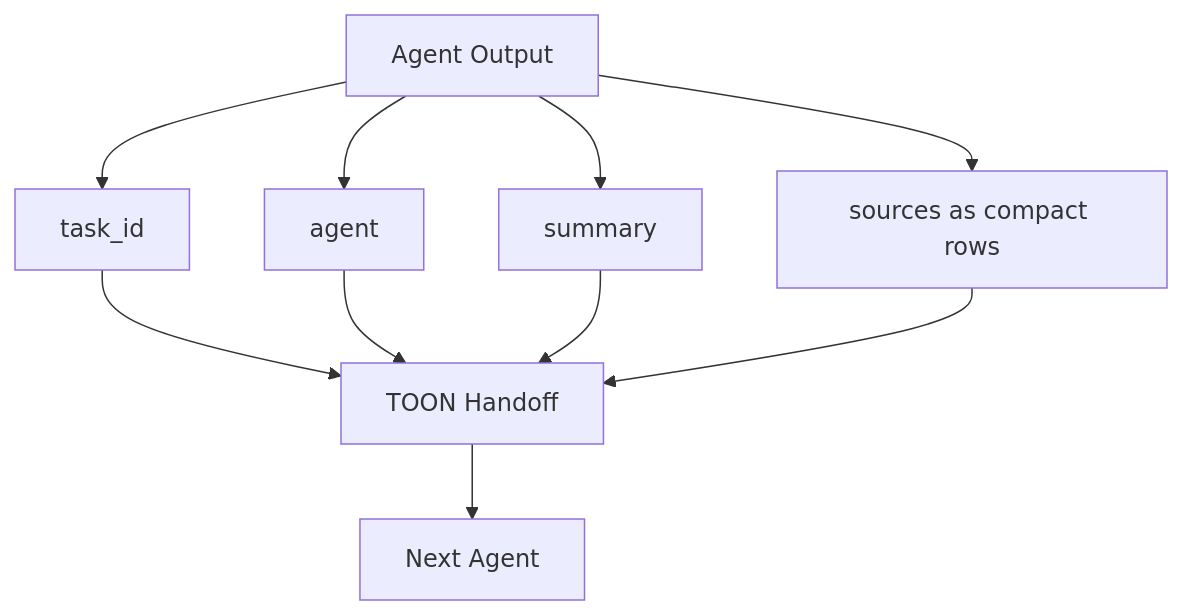
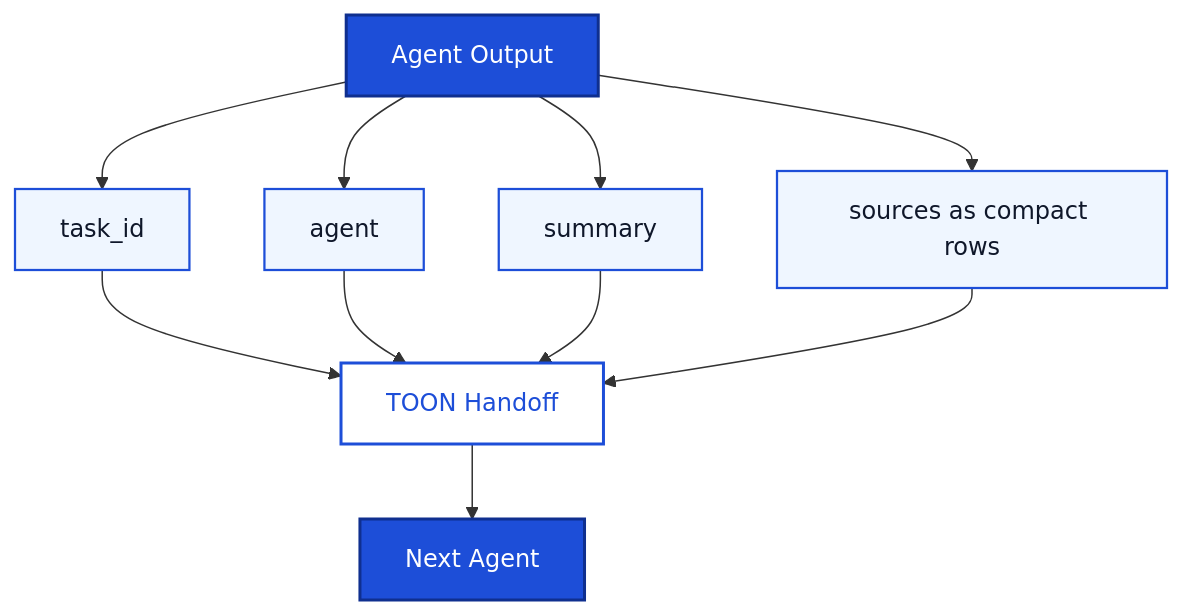
The fifth of 9 diagrams in docs/diagrams.md (Hassaan146/agentic-ai-workflow), drawn with Mermaid before and after one commit. The commit also changed other lines of this file, not shown here.

Commit message:
Polish workflow diagram styling

````diff
--- a/docs/diagrams.md
+++ b/docs/diagrams.md
@@ -84,12 +126,19 @@
 ```mermaid
 flowchart TD
     A["Agent Output"] --> B["task_id"]
     A --> C["agent"]
     A --> D["summary"]
     A --> E["sources as compact rows"]
     B --> F["TOON Handoff"]
     C --> F
     D --> F
     E --> F
     F --> G["Next Agent"]
+
+    classDef primary fill:#1d4ed8,stroke:#0f2f8f,color:#ffffff,stroke-width:2px;
+    classDef field fill:#eff6ff,stroke:#1d4ed8,color:#0f172a,stroke-width:1.5px;
+    classDef toon fill:#ffffff,stroke:#1d4ed8,color:#1d4ed8,stroke-width:2px;
+    class A,G primary;
+    class B,C,D,E field;
+    class F toon;
 ```
````
